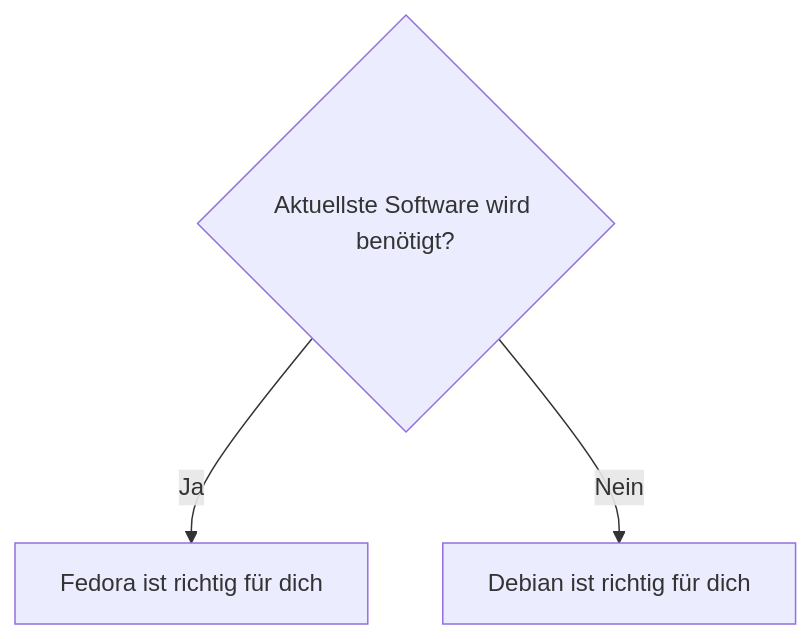
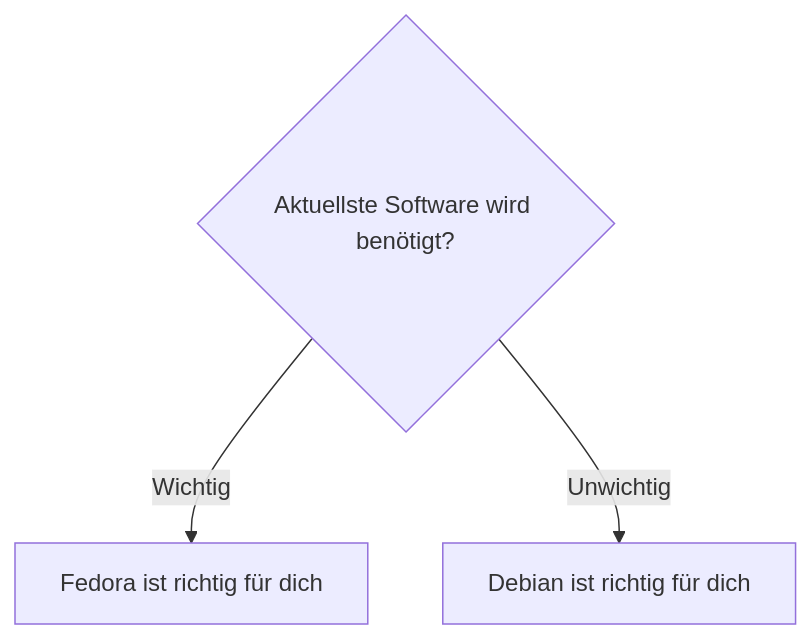
One commit to pwfraley/docs.linux-im-alltag.com changed the second of 2 diagrams in docs/lia-arbeitsplatz/grundlagen/index.md. Above: the diagram before and after it, drawn with Mermaid. The commit also changed other lines of this file, not shown here.

Commit message:
ja nein wichtig unwichtig

````diff
--- a/docs/lia-arbeitsplatz/grundlagen/index.md
+++ b/docs/lia-arbeitsplatz/grundlagen/index.md
@@ -21,6 +21,6 @@
     ```mermaid
     graph TB
     B{Aktuellste Software wird benötigt?};
-    B -->|Ja| C[Fedora ist richtig für dich];
-    B -->|Nein| E[Debian ist richtig für dich];
+    B -->|Wichtig| C[Fedora ist richtig für dich];
+    B -->|Unwichtig| E[Debian ist richtig für dich];
     ```
````
